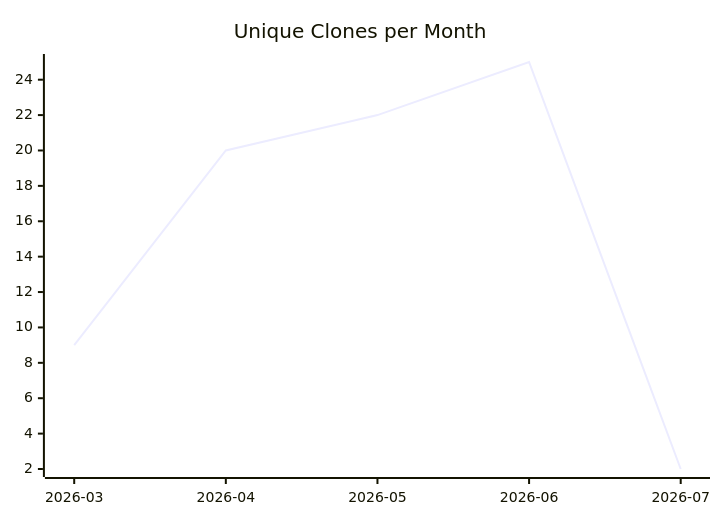
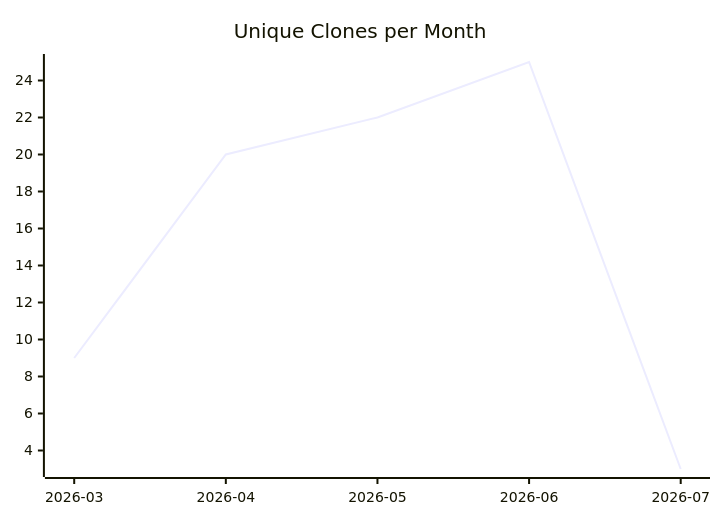
Before and after one commit to justdavis-family/github-analytics-data: the third of 3 diagrams in karlmdavis/kxml2/README.md, drawn with Mermaid. The commit also changed other lines of this file and 198 other files, not shown here.

````diff
--- a/karlmdavis/kxml2/README.md
+++ b/karlmdavis/kxml2/README.md
@@ -19,6 +19,6 @@
 ```mermaid
 xychart-beta
   title "Unique Clones per Month"
   x-axis ["2026-03", "2026-04", "2026-05", "2026-06", "2026-07"]
-  line [9, 20, 22, 25, 2]
+  line [9, 20, 22, 25, 3]
 ```
````
